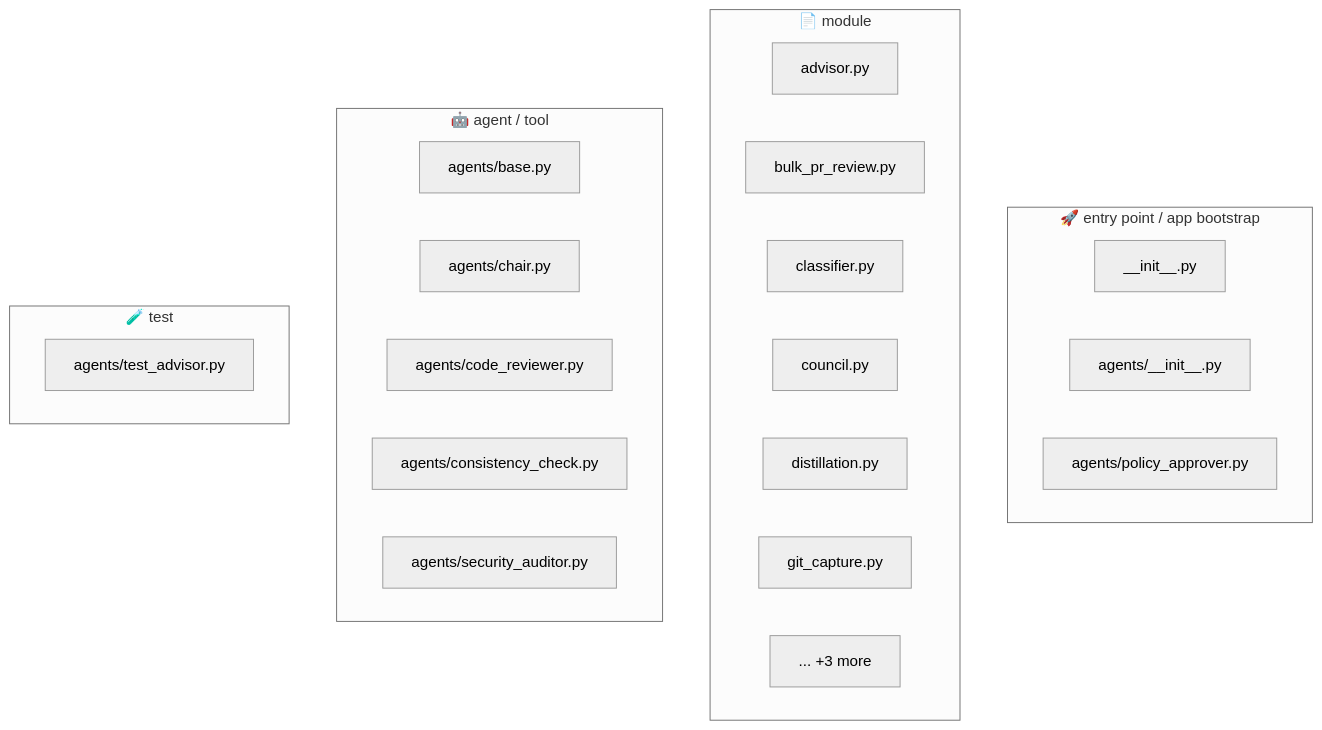
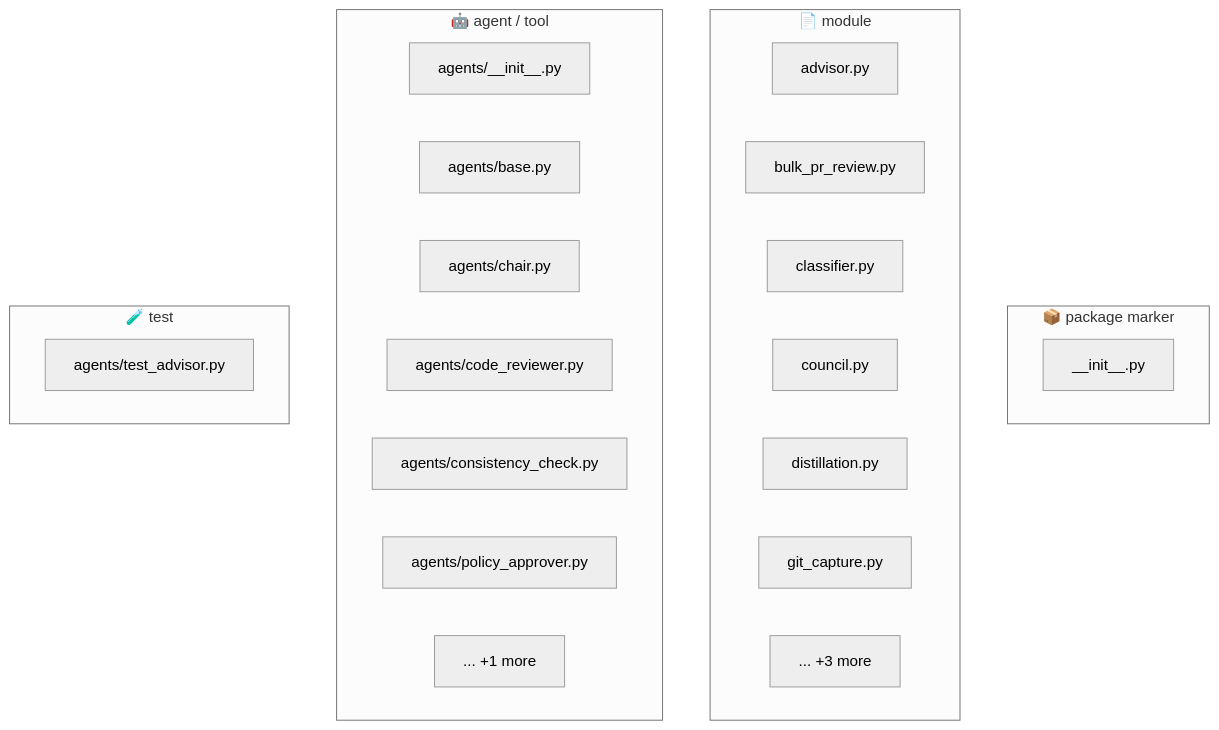
The third of 8 diagrams in services/sidecar-advisor/README.md (PraveenAsthana123/circuitRAG), drawn with Mermaid (neutral theme) before and after one commit. The commit also changed other lines of this file and 26 other files, not shown here.

````diff
--- a/services/sidecar-advisor/README.md
+++ b/services/sidecar-advisor/README.md
@@ -146,27 +210,27 @@
 ```mermaid
 flowchart TB
-    subgraph __entry_point___app_bootstrap["🚀 entry point / app bootstrap"]
+    subgraph __package_marker["📦 package marker"]
         __init___py["__init__.py"]
-        agents___init___py["agents/__init__.py"]
-        agents_policy_approver_py["agents/policy_approver.py"]
     end
     subgraph __module["📄 module"]
         advisor_py["advisor.py"]
         bulk_pr_review_py["bulk_pr_review.py"]
         classifier_py["classifier.py"]
         council_py["council.py"]
         distillation_py["distillation.py"]
         git_capture_py["git_capture.py"]
         more___module["... +3 more"]
     end
     subgraph __agent___tool["🤖 agent / tool"]
+        agents___init___py["agents/__init__.py"]
         agents_base_py["agents/base.py"]
         agents_chair_py["agents/chair.py"]
         agents_code_reviewer_py["agents/code_reviewer.py"]
         agents_consistency_check_py["agents/consistency_check.py"]
-        agents_security_auditor_py["agents/security_auditor.py"]
+        agents_policy_approver_py["agents/policy_approver.py"]
+        more___agent___tool["... +1 more"]
     end
     subgraph __test["🧪 test"]
         agents_test_advisor_py["agents/test_advisor.py"]
     end
 ```
````
